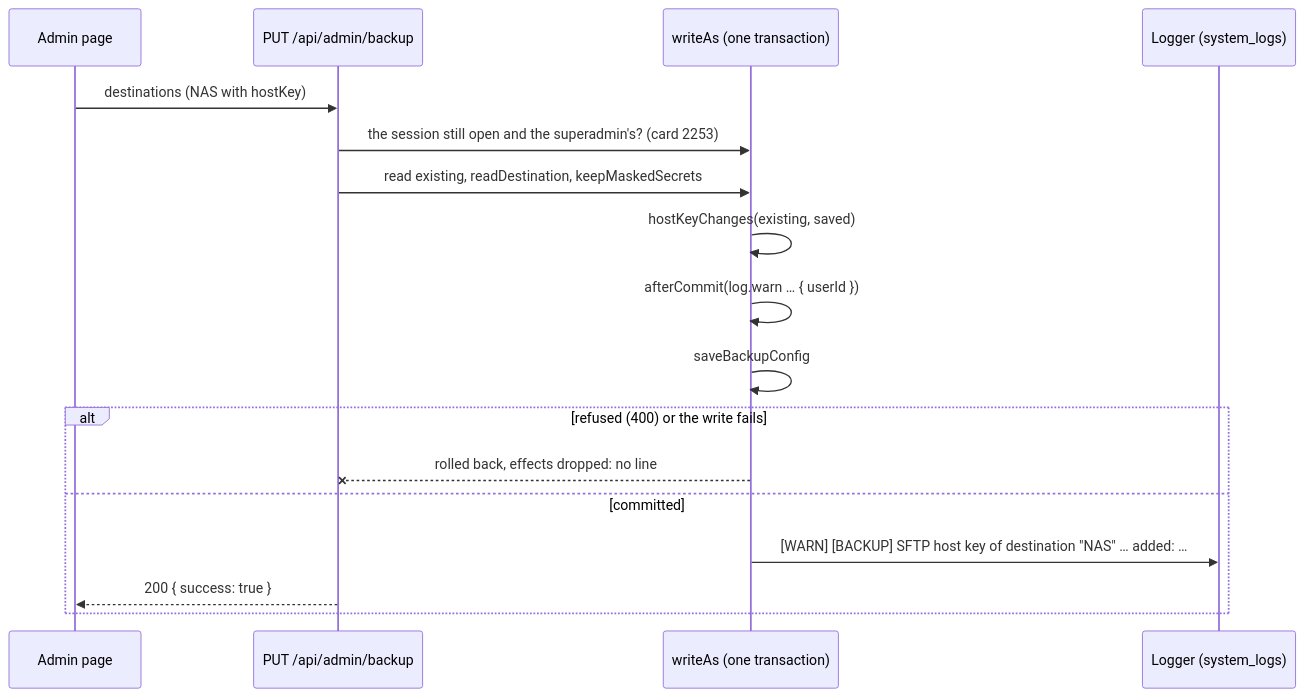
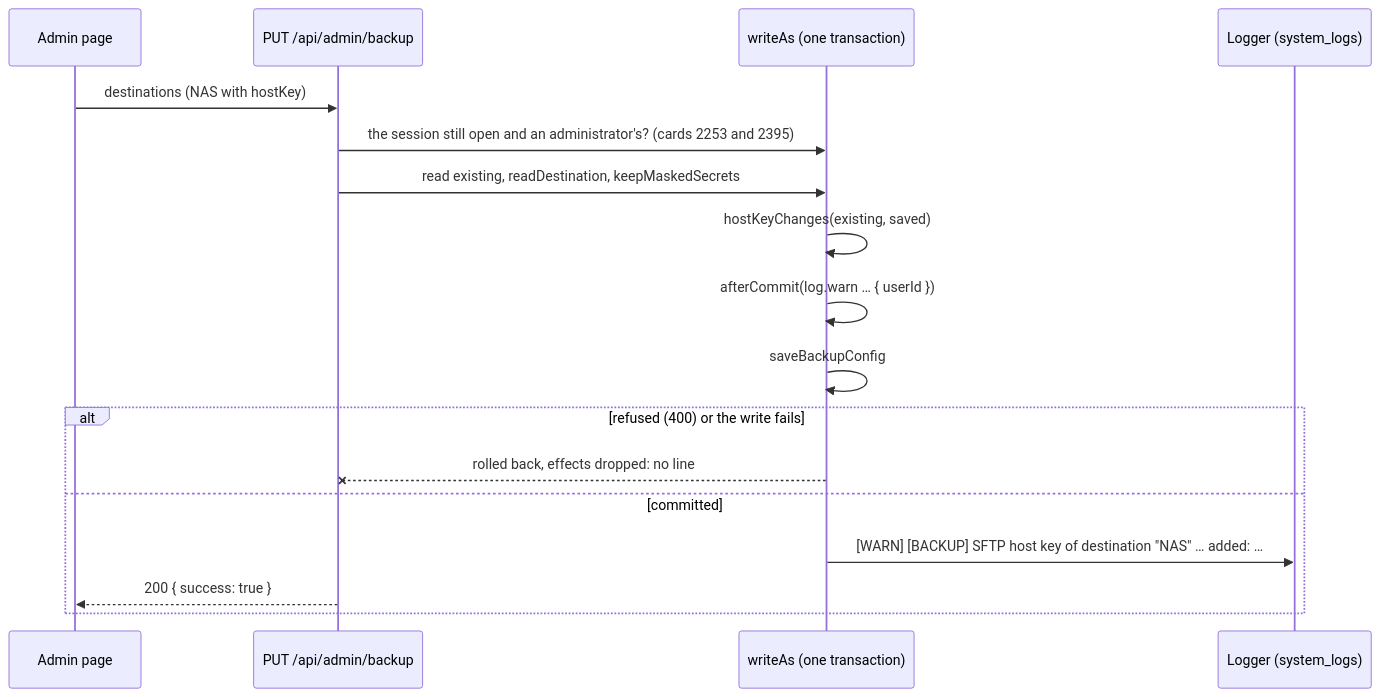
One commit to gitBoon/DumpFire changed the seventh of 13 diagrams in docs/backup-reporting.md. Above: the diagram before and after it, drawn with Mermaid. The commit also changed other lines of this file and 33 other files, not shown here.

````diff
--- a/docs/backup-reporting.md
+++ b/docs/backup-reporting.md
@@ -480,19 +496,19 @@
 ```mermaid
 sequenceDiagram
     participant P as Admin page
     participant R as PUT /api/admin/backup
     participant T as writeAs (one transaction)
     participant L as Logger (system_logs)
     P->>R: destinations (NAS with hostKey)
-    R->>T: the session still open and the superadmin's? (card 2253)
+    R->>T: the session still open and an administrator's? (cards 2253 and 2395)
     R->>T: read existing, readDestination, keepMaskedSecrets
     T->>T: hostKeyChanges(existing, saved)
     T->>T: afterCommit(log.warn … { userId })
     T->>T: saveBackupConfig
     alt refused (400) or the write fails
         T--xR: rolled back, effects dropped: no line
     else committed
         T->>L: [WARN] [BACKUP] SFTP host key of destination "NAS" … added: …
         R-->>P: 200 { success: true }
     end
 ```
````
